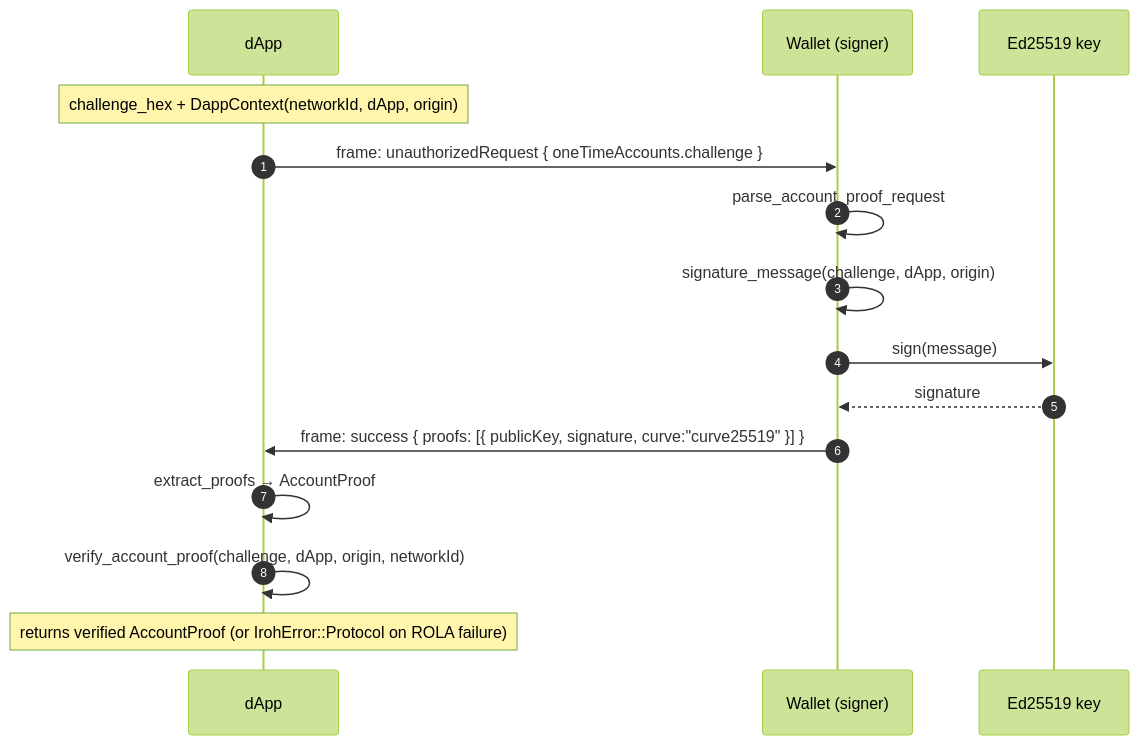
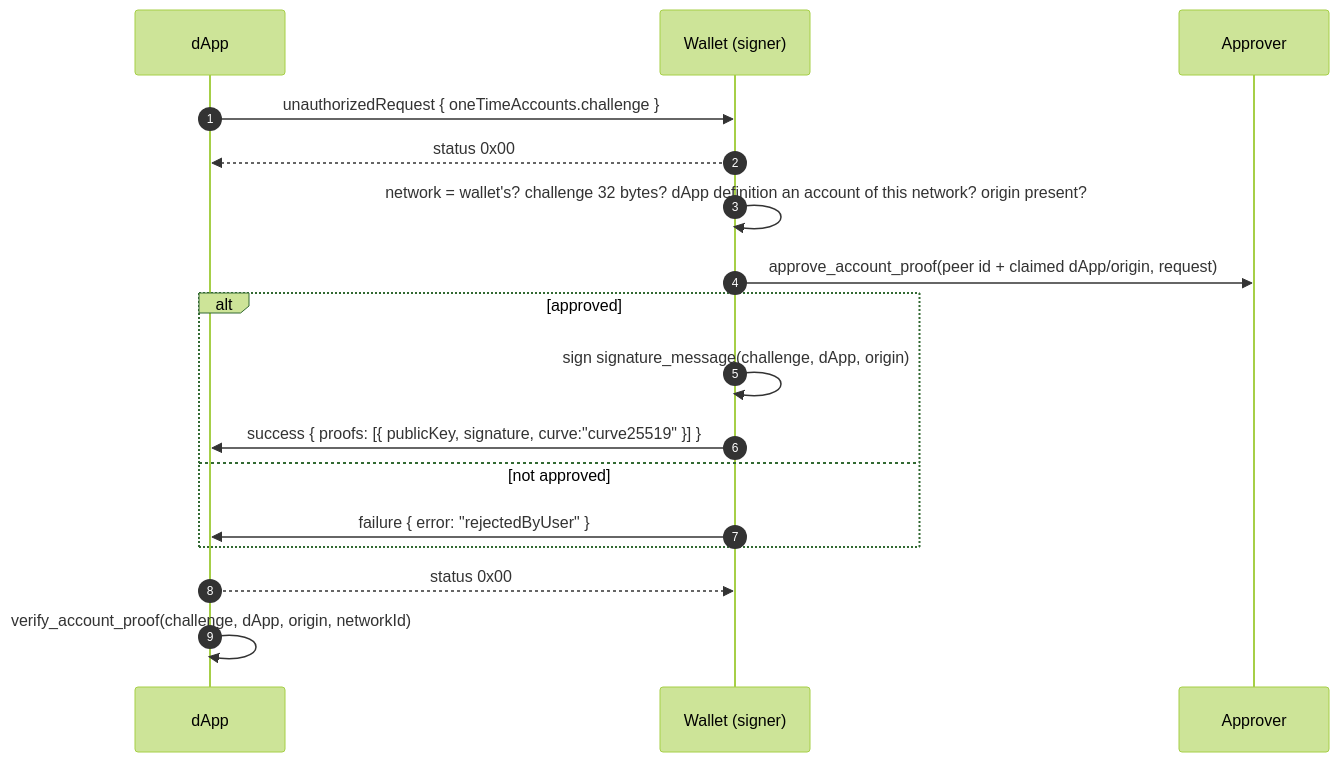
One commit to genkipool/radixdlt-rust-sdk changed the second of 4 diagrams in crates/connect-iroh/docs/PROTOCOL.md. Above: the diagram before and after it, drawn with Mermaid (forest theme). The commit also changed other lines of this file and 13 other files, not shown here.

````diff
--- a/crates/connect-iroh/docs/PROTOCOL.md
+++ b/crates/connect-iroh/docs/PROTOCOL.md
@@ -175,18 +228,20 @@
 ```mermaid
 sequenceDiagram
     autonumber
     participant D as dApp
     participant W as Wallet (signer)
-    participant K as Ed25519 key
+    participant A as Approver
 
-    Note over D: challenge_hex + DappContext(networkId, dApp, origin)
-    D->>W: frame: unauthorizedRequest { oneTimeAccounts.challenge }
-    W->>W: parse_account_proof_request
-    W->>W: signature_message(challenge, dApp, origin)
-    W->>K: sign(message)
-    K-->>W: signature
-    W->>D: frame: success { proofs: [{ publicKey, signature, curve:"curve25519" }] }
-    D->>D: extract_proofs → AccountProof
+    D->>W: unauthorizedRequest { oneTimeAccounts.challenge }
+    W-->>D: status 0x00
+    W->>W: network = wallet's? challenge 32 bytes? dApp definition an account of this network? origin present?
+    W->>A: approve_account_proof(peer id + claimed dApp/origin, request)
+    alt approved
+        W->>W: sign signature_message(challenge, dApp, origin)
+        W->>D: success { proofs: [{ publicKey, signature, curve:"curve25519" }] }
+    else not approved
+        W->>D: failure { error: "rejectedByUser" }
+    end
+    D-->>W: status 0x00
     D->>D: verify_account_proof(challenge, dApp, origin, networkId)
-    Note over D: returns verified AccountProof (or IrohError::Protocol on ROLA failure)
 ```
````
